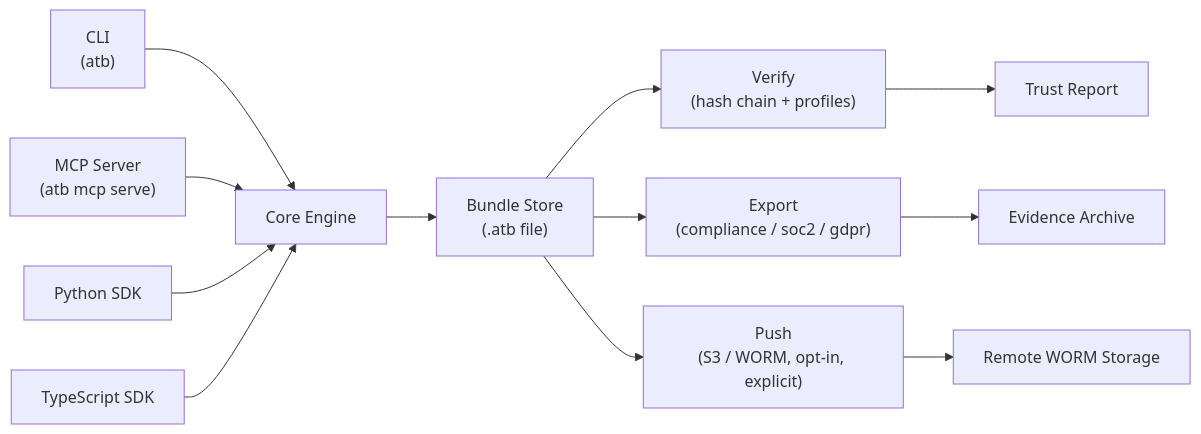
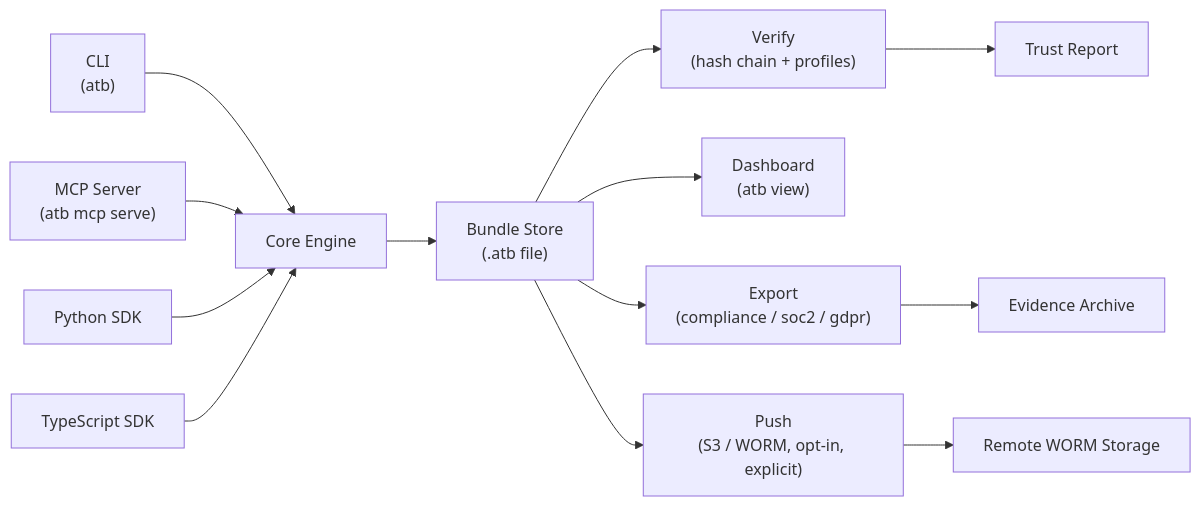
Before and after one commit to pcguest/atb: the diagram in docs/architecture.md, drawn with Mermaid. The commit also changed 3 other files, not shown here.

First line of the commit message:
docs: architecture diagram, api readme, siem-grc markers, soc2 criteria

````diff
--- a/docs/architecture.md
+++ b/docs/architecture.md
@@ -5,14 +5,15 @@
 ```mermaid
 flowchart LR
     CLI["CLI<br/>(atb)"] --> Core["Core Engine"]
     MCP["MCP Server<br/>(atb mcp serve)"] --> Core
     PythonSDK["Python SDK"] --> Core
     TypeScriptSDK["TypeScript SDK"] --> Core
     Core --> BundleStore["Bundle Store<br/>(.atb file)"]
     BundleStore --> Verify["Verify<br/>(hash chain + profiles)"]
+    BundleStore --> View["Dashboard<br/>(atb view)"]
     BundleStore --> Export["Export<br/>(compliance / soc2 / gdpr)"]
     BundleStore --> Push["Push<br/>(S3 / WORM, opt-in, explicit)"]
     Verify --> Report["Trust Report"]
     Export --> Archive["Evidence Archive"]
     Push --> RemoteStorage["Remote WORM Storage"]
 ```
````
